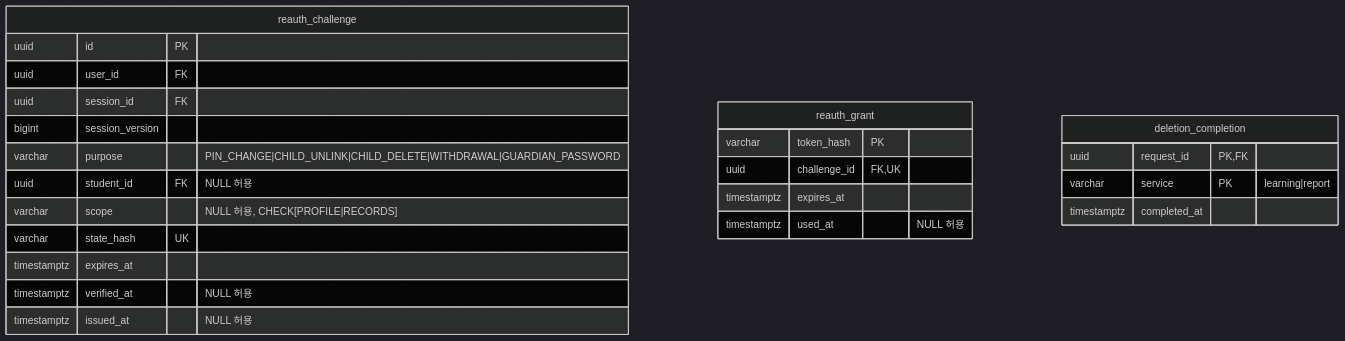
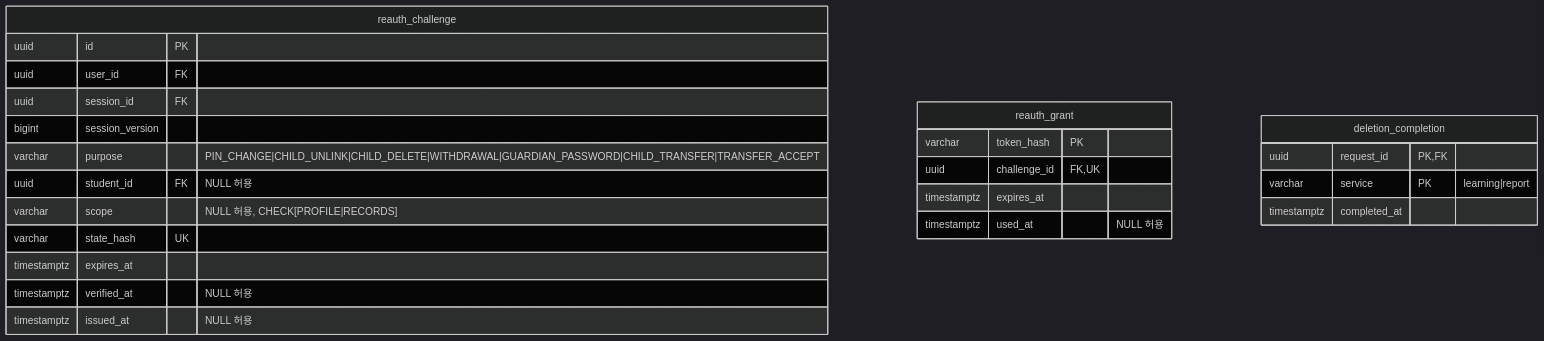
Before and after one commit to SKNETWORKS-FAMILY-AICAMP/SKN34-FINAL-3TEAM: the third of 11 diagrams in docs/design/erd.md, drawn with Mermaid (dark theme). The commit also changed other lines of this file and 59 other files, not shown here.

````diff
--- a/docs/design/erd.md
+++ b/docs/design/erd.md
@@ -230,27 +247,27 @@
 ```mermaid
 erDiagram
   reauth_challenge {
     uuid id PK
     uuid user_id FK
     uuid session_id FK
     bigint session_version
-    varchar purpose "PIN_CHANGE|CHILD_UNLINK|CHILD_DELETE|WITHDRAWAL|GUARDIAN_PASSWORD"
+    varchar purpose "PIN_CHANGE|CHILD_UNLINK|CHILD_DELETE|WITHDRAWAL|GUARDIAN_PASSWORD|CHILD_TRANSFER|TRANSFER_ACCEPT"
     uuid student_id FK "NULL 허용"
     varchar scope "NULL 허용, CHECK[PROFILE|RECORDS]"
     varchar state_hash UK
     timestamptz expires_at
     timestamptz verified_at "NULL 허용"
     timestamptz issued_at "NULL 허용"
   }
   reauth_grant {
     varchar token_hash PK
     uuid challenge_id FK,UK
     timestamptz expires_at
     timestamptz used_at "NULL 허용"
   }
   deletion_completion {
     uuid request_id PK,FK
     varchar service PK "learning|report"
     timestamptz completed_at
   }
 ```
````
